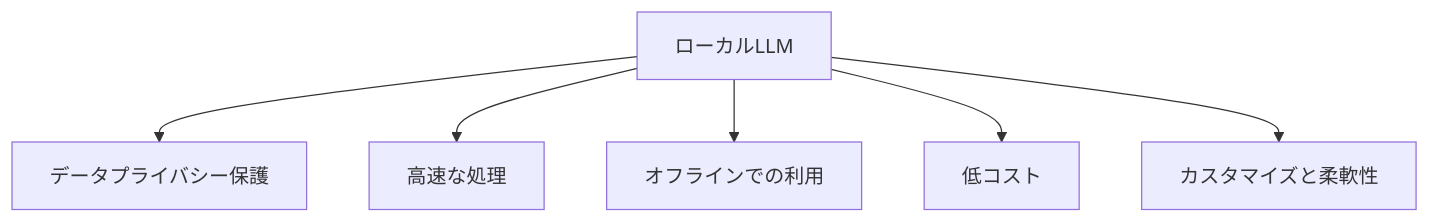
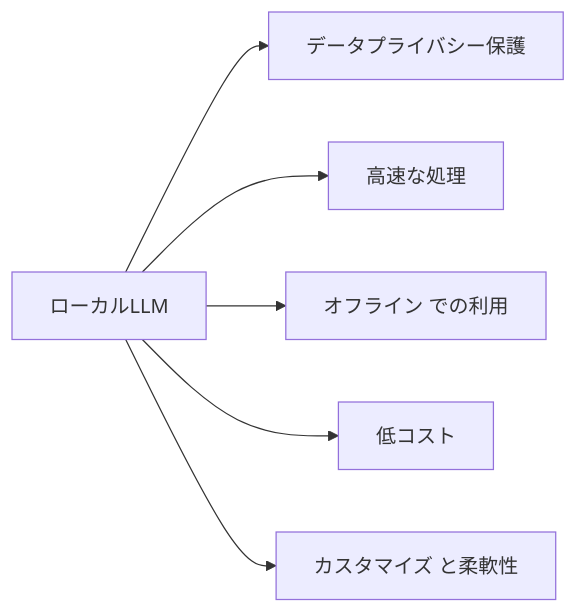
Before and after one commit to SparklingDetergent/doc_genai_The_usefulness_of_local_LLM: the third of 11 diagrams in README.md, drawn with Mermaid. The commit also changed other lines of this file, not shown here.

````diff
--- a/README.md
+++ b/README.md
@@ -49,9 +53,9 @@
 ```mermaid
-graph TD
+graph LR
 A[ローカルLLM] --> B[データプライバシー保護]
 A --> C[高速な処理]
-A --> D[オフラインでの利用]
+A --> D[オフライン での利用]
 A --> E[低コスト]
-A --> F[カスタマイズと柔軟性]
+A --> F[カスタマイズ と柔軟性]
 
 ```
````
